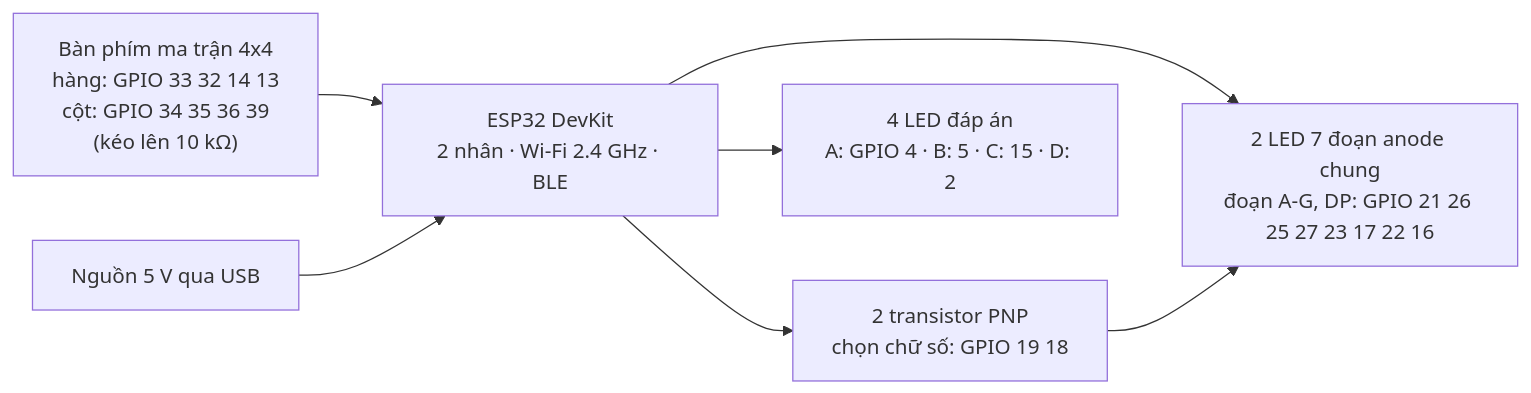
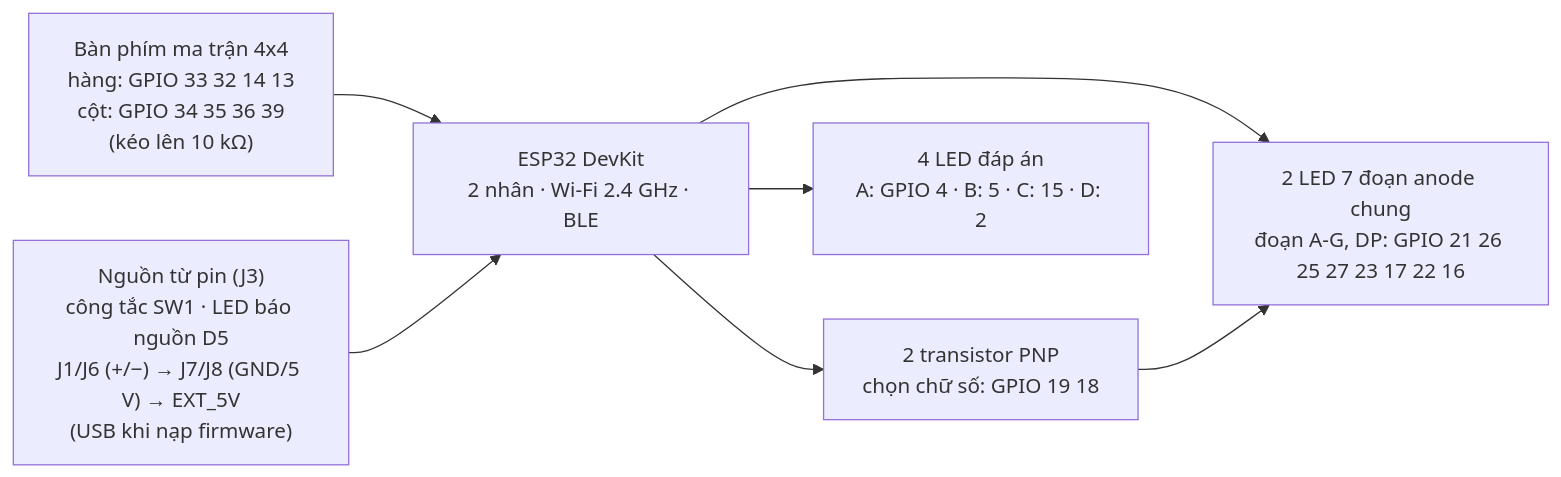
The fourth of 18 diagrams in README.md (leesanghyoek/Quiz-Clicker_IoT-Device), drawn with Mermaid before and after one commit.

Commit message:
README: sửa mô tả nguồn thiết bị theo schematic (pin + công tắc)

````diff
--- a/README.md
+++ b/README.md
@@ -200,15 +200,15 @@
 ```mermaid
 flowchart LR
     KP["Bàn phím ma trận 4x4<br/>hàng: GPIO 33 32 14 13<br/>cột: GPIO 34 35 36 39<br/>(kéo lên 10 kΩ)"]
     MCU["ESP32 DevKit<br/>2 nhân · Wi-Fi 2.4 GHz · BLE"]
     SEG["2 LED 7 đoạn anode chung<br/>đoạn A-G, DP: GPIO 21 26 25 27 23 17 22 16"]
     PNP["2 transistor PNP<br/>chọn chữ số: GPIO 19 18"]
     LED["4 LED đáp án<br/>A: GPIO 4 · B: 5 · C: 15 · D: 2"]
-    USB["Nguồn 5 V qua USB"]
+    USB["Nguồn từ pin (J3)<br/>công tắc SW1 · LED báo nguồn D5<br/>J1/J6 (+/−) → J7/J8 (GND/5 V) → EXT_5V<br/>(USB khi nạp firmware)"]
 
     KP --> MCU
     MCU --> SEG
     MCU --> PNP --> SEG
     MCU --> LED
     USB --> MCU
 ```
````
